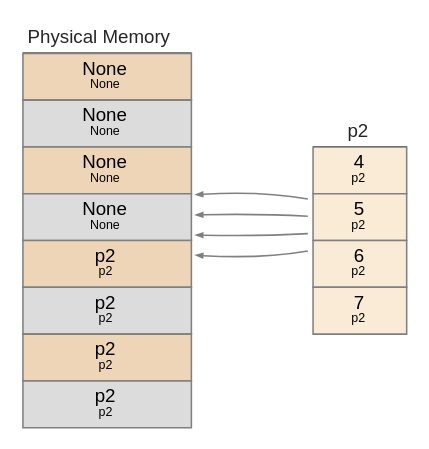
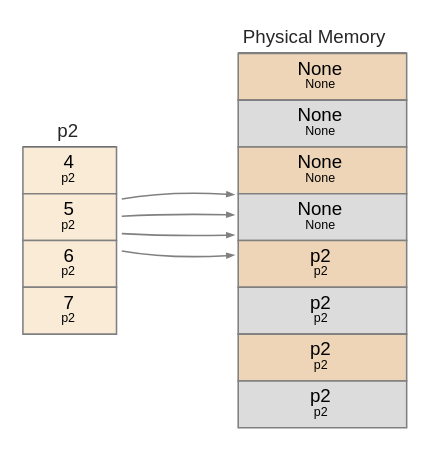
Before and after one commit to pitosalas/public-131-samples: the diagram in memsim/memsim/graphs/paged0.json.gv, drawn with Graphviz. The commit also changed 7 other files, not shown here.

```diff
--- a/memsim/memsim/graphs/paged0.json.gv
+++ b/memsim/memsim/graphs/paged0.json.gv
@@ -1,17 +1,17 @@
 digraph "memsim/graphs/paged0.json" {
-	graph [fontname=x rankdir=RL ranksep=1.0]
-	node [fontname=Helvetica fontsize=10 height=0.2 margin="0.04 0.04" shape=none width=0.4]
+	graph [fontname=x rankdir=LR ranksep=1.0]
+	node [fontname=Helvetica fontsize=9 height=0.2 margin="0.04 0.04" shape=none width=0.4]
 	edge [arrowsize=0.4]
 	p2:0 -> physmem:4 [color=grey]
 	p2:1 -> physmem:5 [color=grey]
 	p2:2 -> physmem:6 [color=grey]
 	p2:3 -> physmem:7 [color=grey]
 	subgraph left {
 		physmem [label=<<table border="0.1" cellborder="1" cellspacing="0"><TR><TD sides="b"><font face="helvetica" color="grey15" point-size="12">Physical Memory</font></TD></TR><tr><td align="text" color="grey" bgcolor="bisque2" height="30" width="60" port="None"><font point-size="12">None</font><br></br><font point-size="8">None</font></td></tr><tr><td align="text" color="grey" bgcolor="gainsboro" height="30" width="60" port="None"><font point-size="12">None</font><br></br><font point-size="8">None</font></td></tr><tr><td align="text" color="grey" bgcolor="bisque2" height="30" width="60" port="None"><font point-size="12">None</font><br></br><font point-size="8">None</font></td></tr><tr><td align="text" color="grey" bgcolor="gainsboro" height="30" width="60" port="None"><font point-size="12">None</font><br></br><font point-size="8">None</font></td></tr><tr><td align="text" color="grey" bgcolor="bisque2" height="30" width="60" port="p2"><font point-size="12">p2</font><br></br><font point-size="8">p2</font></td></tr><tr><td align="text" color="grey" bgcolor="gainsboro" height="30" width="60" port="p2"><font point-size="12">p2</font><br></br><font point-size="8">p2</font></td></tr><tr><td align="text" color="grey" bgcolor="bisque2" height="30" width="60" port="p2"><font point-size="12">p2</font><br></br><font point-size="8">p2</font></td></tr><tr><td align="text" color="grey" bgcolor="gainsboro" height="30" width="60" port="p2"><font point-size="12">p2</font><br></br><font point-size="8">p2</font></td></tr></table>>]
 		rank=sink
 	}
 	subgraph right {
 		p2 [label=<<table border="0.1" cellborder="1" cellspacing="0"><TR><TD sides="b"><font face="helvetica" color="grey15" point-size="12">p2</font></TD></TR><tr><td align="text" color="grey" bgcolor="antiquewhite" height="30" width="60" port="44"><font point-size="12">4</font><br></br><font point-size="8">p2</font></td></tr><tr><td align="text" color="grey" bgcolor="antiquewhite" height="30" width="60" port="55"><font point-size="12">5</font><br></br><font point-size="8">p2</font></td></tr><tr><td align="text" color="grey" bgcolor="antiquewhite" height="30" width="60" port="66"><font point-size="12">6</font><br></br><font point-size="8">p2</font></td></tr><tr><td align="text" color="grey" bgcolor="antiquewhite" height="30" width="60" port="77"><font point-size="12">7</font><br></br><font point-size="8">p2</font></td></tr></table>>]
 		rank=source
 	}
 }
```
